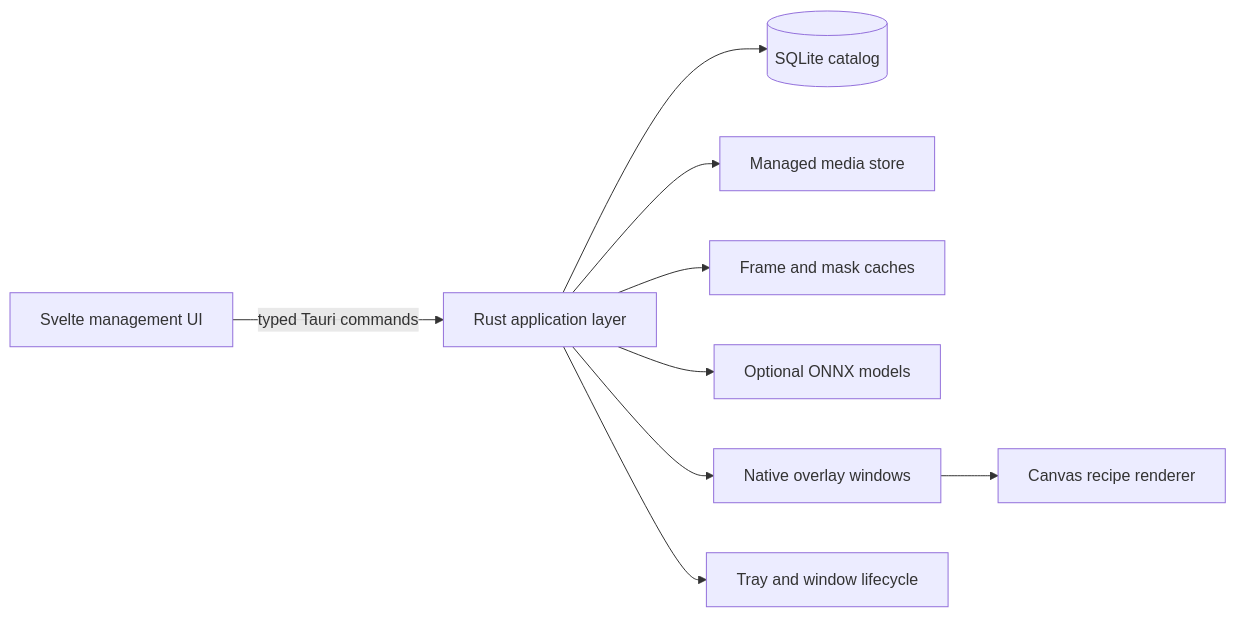
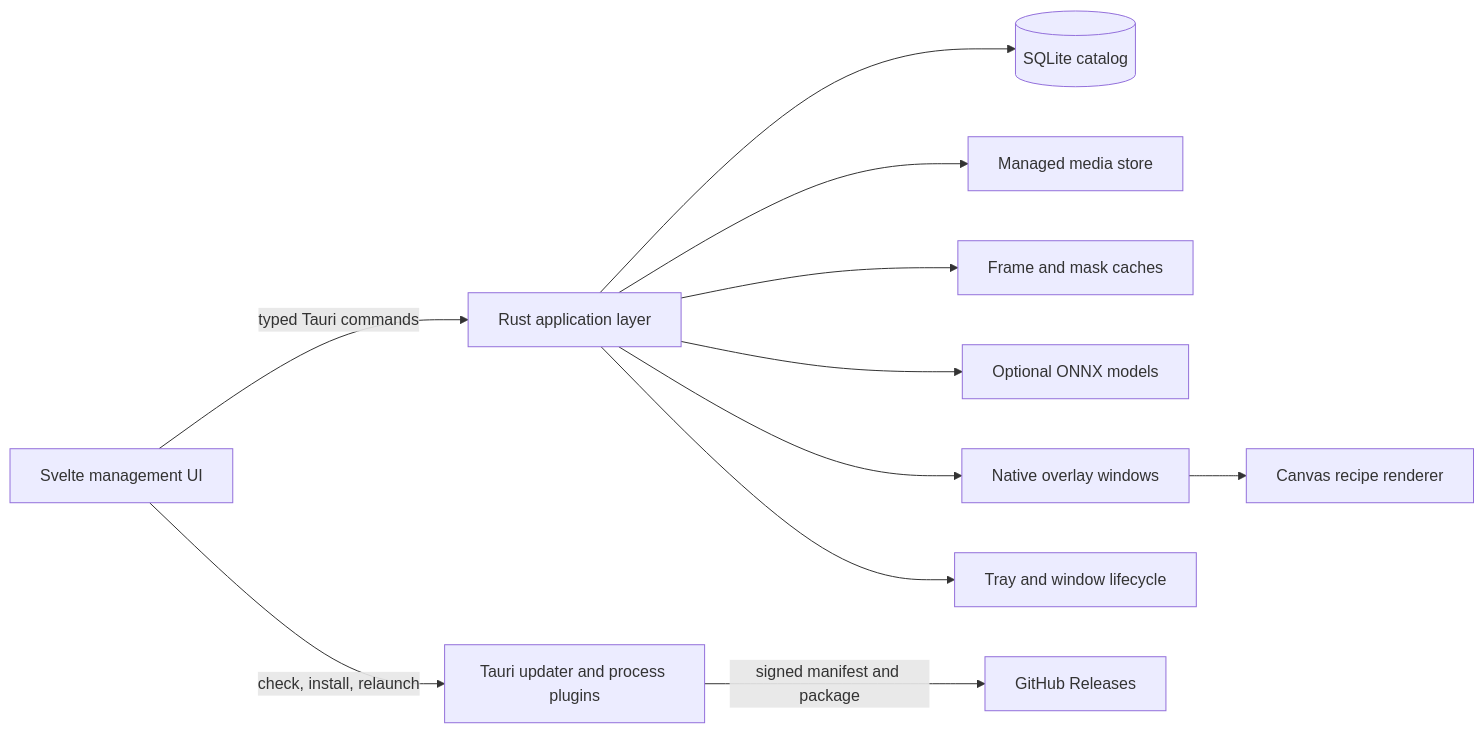
The diagram in architecture.md (bayurifkialghifari/lumadesk), drawn with Mermaid before and after one commit. The commit also changed other lines of this file and 6 other files, not shown here.

````diff
--- a/architecture.md
+++ b/architecture.md
@@ -7,11 +7,13 @@
 ```mermaid
 flowchart LR
   UI[Svelte management UI] -->|typed Tauri commands| APP[Rust application layer]
   APP --> DB[(SQLite catalog)]
   APP --> MEDIA[Managed media store]
   APP --> CACHE[Frame and mask caches]
   APP --> AI[Optional ONNX models]
   APP --> WINDOWS[Native overlay windows]
   WINDOWS --> RENDER[Canvas recipe renderer]
   APP --> LIFECYCLE[Tray and window lifecycle]
+  UI -->|check, install, relaunch| UPDATER[Tauri updater and process plugins]
+  UPDATER -->|signed manifest and package| RELEASES[GitHub Releases]
 ```
````
